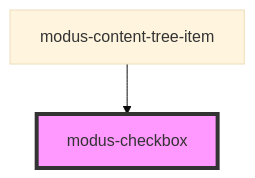
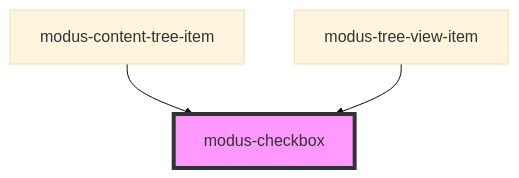
The diagram in stencil-workspace/src/components/modus-checkbox/readme.md (trimble-oss/modus-web-components), drawn with Mermaid (base theme) before and after one commit. The commit also changed other lines of this file and 17 other files, not shown here.

Commit message:
Added modus-tree-view components

````diff
--- a/stencil-workspace/src/components/modus-checkbox/readme.md
+++ b/stencil-workspace/src/components/modus-checkbox/readme.md
@@ -34,5 +35,6 @@
 ```mermaid
 graph TD;
   modus-content-tree-item --> modus-checkbox
+  modus-tree-view-item --> modus-checkbox
   style modus-checkbox fill:#f9f,stroke:#333,stroke-width:4px
 ```
````
